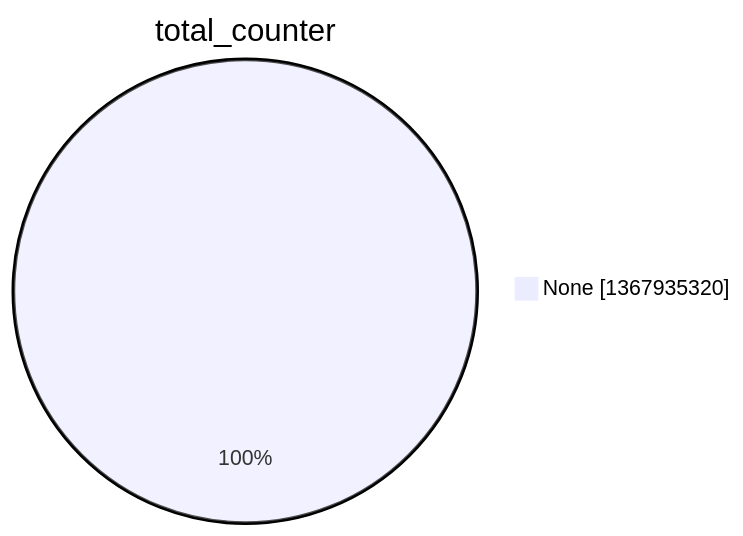
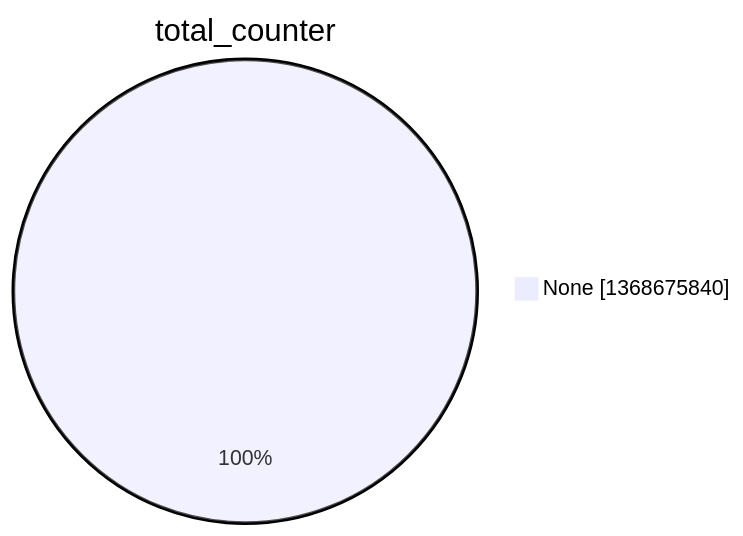
The second of 15 diagrams in argon2022/README.md (christiankrug/ctmonitor_visualization), drawn with Mermaid before and after one commit. The commit also changed other lines of this file, not shown here.

````diff
--- a/argon2022/README.md
+++ b/argon2022/README.md
@@ -9,5 +9,5 @@
 ```mermaid
 pie showData
 title total_counter
-"None" :1367935320
+"None" :1368675840
 ```
````
